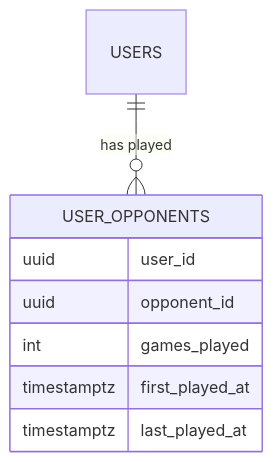
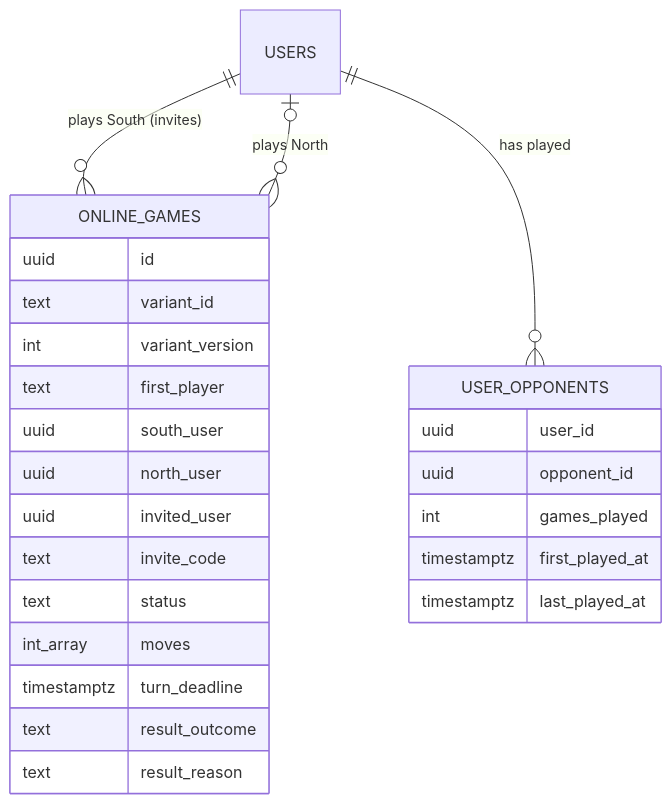
One commit to Alfredo-Moreira/Ouril changed the second of 2 diagrams in docs/architecture/backend.md. Above: the diagram before and after it, drawn with Mermaid. The commit also changed other lines of this file and 47 other files, not shown here.

````diff
--- a/docs/architecture/backend.md
+++ b/docs/architecture/backend.md
@@ -129,11 +134,28 @@
 ```mermaid
 erDiagram
+  USERS ||--o{ ONLINE_GAMES : "plays South (invites)"
+  USERS |o--o{ ONLINE_GAMES : "plays North"
   USERS ||--o{ USER_OPPONENTS : "has played"
+  ONLINE_GAMES {
+    uuid id
+    text variant_id
+    int variant_version
+    text first_player
+    uuid south_user
+    uuid north_user
+    uuid invited_user
+    text invite_code
+    text status
+    int_array moves
+    timestamptz turn_deadline
+    text result_outcome
+    text result_reason
+  }
   USER_OPPONENTS {
     uuid user_id
     uuid opponent_id
     int games_played
     timestamptz first_played_at
     timestamptz last_played_at
   }
 ```
````
